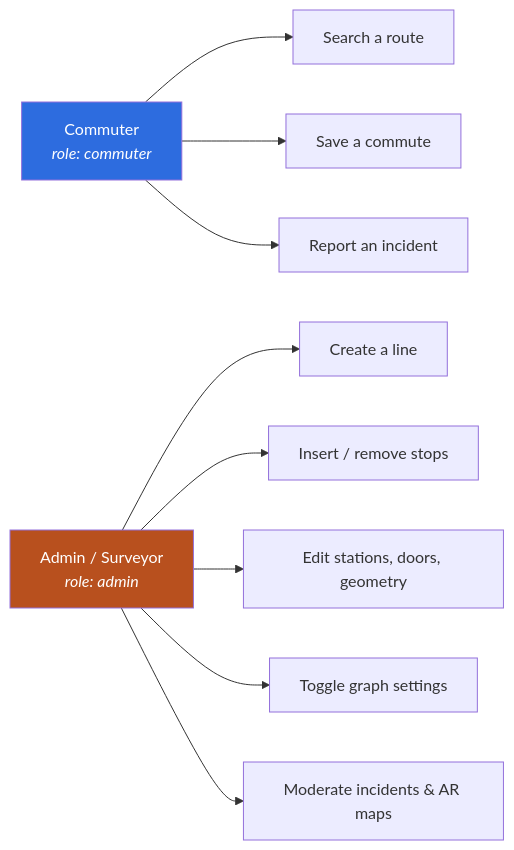
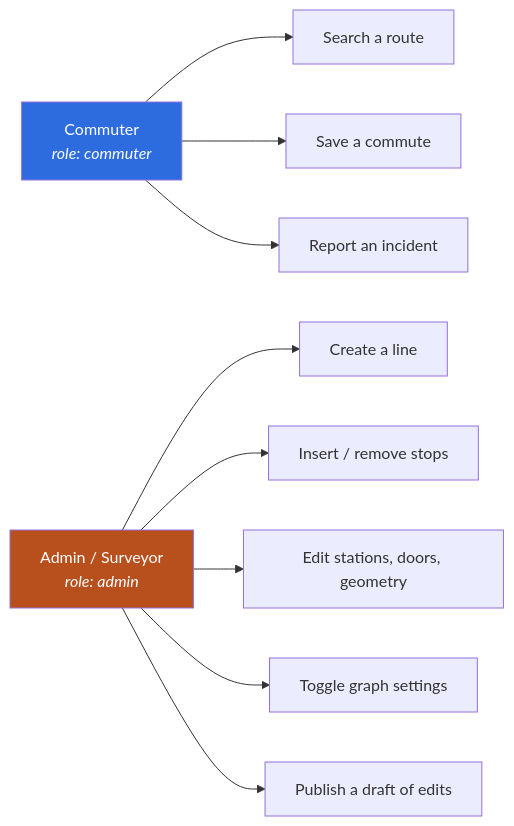
The second of 2 diagrams in docs/overview.md (oscrallnium/Commute-Backend), drawn with Mermaid before and after one commit. The commit also changed other lines of this file and 18 other files, not shown here.

````diff
--- a/docs/overview.md
+++ b/docs/overview.md
@@ -60,18 +52,18 @@
 ```mermaid
 graph LR
     C["Commuter<br/><i>role: commuter</i>"]
     A["Admin / Surveyor<br/><i>role: admin</i>"]
 
     C --> C1[Search a route]
     C --> C2[Save a commute]
     C --> C3[Report an incident]
 
     A --> A1[Create a line]
     A --> A2[Insert / remove stops]
     A --> A3[Edit stations, doors, geometry]
     A --> A4[Toggle graph settings]
-    A --> A5[Moderate incidents & AR maps]
+    A --> A5[Publish a draft of edits]
 
     style C fill:#2d6cdf,color:#fff
     style A fill:#b8501e,color:#fff
 ```
````
